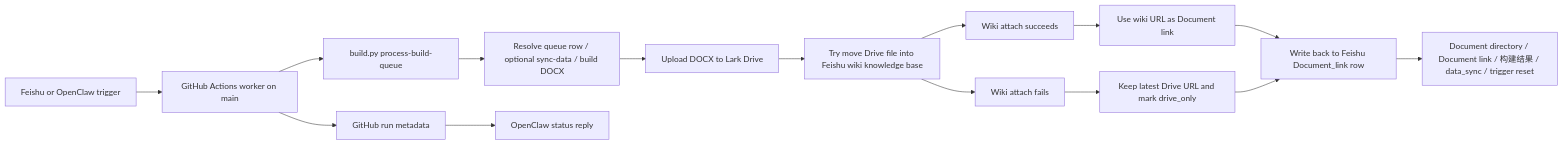
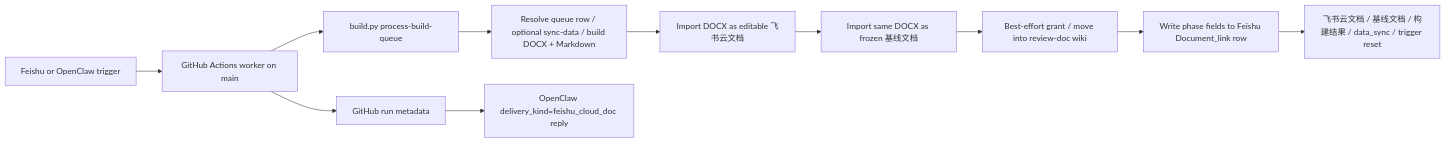
The fourth of 5 diagrams in code-as-doc/architecture/OpenClaw_Control_Layer_Plan.md (Bingboom/Hello-Docs), drawn with Mermaid before and after one commit. The commit also changed other lines of this file and 36 other files, not shown here.

````diff
--- a/code-as-doc/architecture/OpenClaw_Control_Layer_Plan.md
+++ b/code-as-doc/architecture/OpenClaw_Control_Layer_Plan.md
@@ -229,32 +230,25 @@
 ```mermaid
 flowchart LR
     A["Feishu or OpenClaw trigger"]
     B["GitHub Actions worker on main"]
     C["build.py process-build-queue"]
-    D["Resolve queue row / optional sync-data / build DOCX"]
-    E["Upload DOCX to Lark Drive"]
-    F["Try move Drive file into Feishu wiki knowledge base"]
-    G["Wiki attach succeeds"]
-    H["Wiki attach fails"]
-    I["Use wiki URL as Document link"]
-    J["Keep latest Drive URL and mark drive_only"]
-    K["Write back to Feishu Document_link row"]
-    L["Document directory / Document link / 构建结果 / data_sync / trigger reset"]
-    M["GitHub run metadata"]
-    N["OpenClaw status reply"]
+    D["Resolve queue row / optional sync-data / build DOCX + Markdown"]
+    E["Import DOCX as editable 飞书云文档"]
+    F["Import same DOCX as frozen 基线文档"]
+    G["Best-effort grant / move into review-doc wiki"]
+    H["Write phase fields to Feishu Document_link row"]
+    I["飞书云文档 / 基线文档 / 构建结果 / data_sync / trigger reset"]
+    J["GitHub run metadata"]
+    K["OpenClaw delivery_kind=feishu_cloud_doc reply"]
 
     A --> B
     B --> C
     C --> D
     D --> E
     E --> F
     F --> G
-    F --> H
-    G --> I
-    H --> J
-    I --> K
+    G --> H
+    H --> I
+    B --> J
     J --> K
-    K --> L
-    B --> M
-    M --> N
 ```
````
